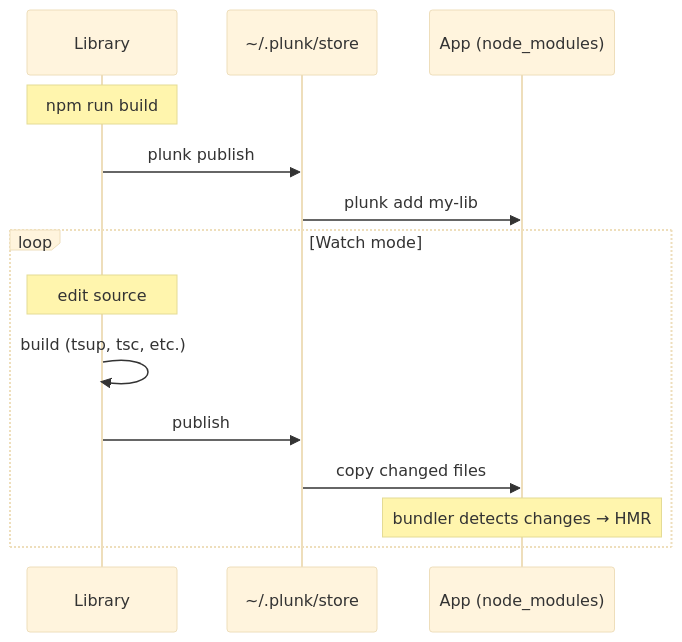
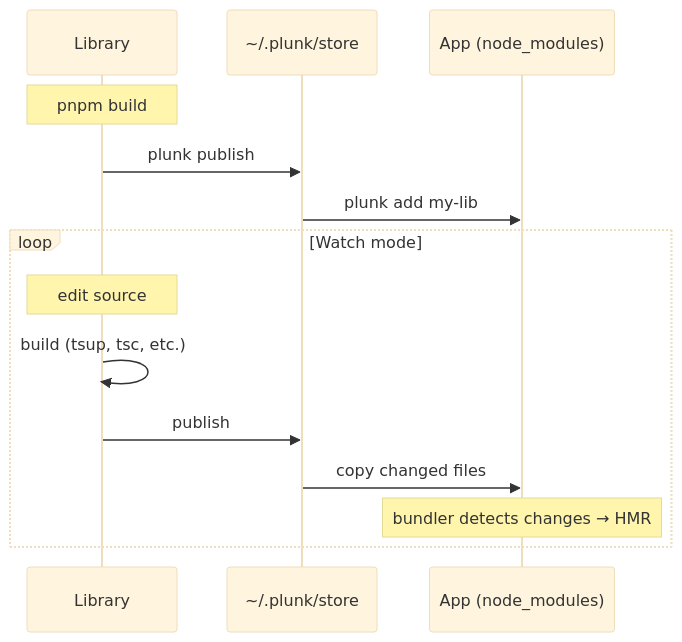
The first of 2 diagrams in docs/getting-started.md (oleg-kuibar/plunk), drawn with Mermaid (base theme) before and after one commit. The commit also changed other lines of this file and 3 other files, not shown here.

Commit message:
docs: replace npm commands with pnpm

````diff
--- a/docs/getting-started.md
+++ b/docs/getting-started.md
@@ -14,18 +14,18 @@
 ```mermaid
 sequenceDiagram
     participant Lib as Library
     participant Store as ~/.plunk/store
     participant App as App (node_modules)
 
-    Note over Lib: npm run build
+    Note over Lib: pnpm build
     Lib->>Store: plunk publish
     Store->>App: plunk add my-lib
 
     loop Watch mode
         Note over Lib: edit source
         Lib->>Lib: build (tsup, tsc, etc.)
         Lib->>Store: publish
         Store->>App: copy changed files
         Note over App: bundler detects changes → HMR
     end
 ```
````
